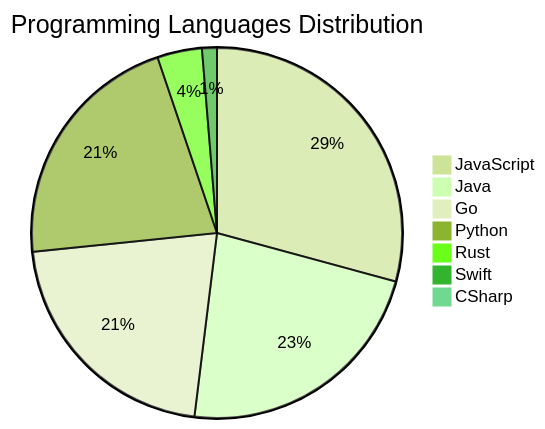
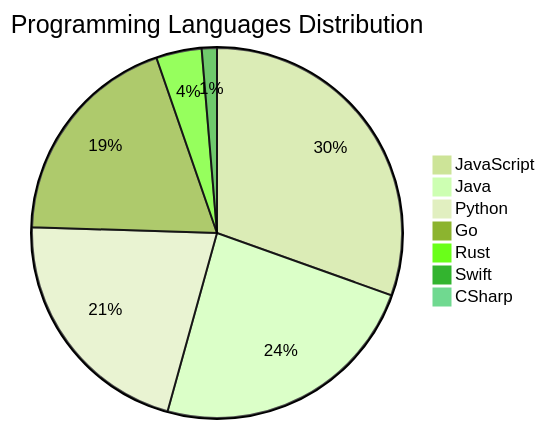
Before and after one commit to Derrick-MUGISHA/github-activity-bot: the diagram in README.md, drawn with Mermaid (forest theme). The commit also changed other lines of this file and 4 other files, not shown here.

````diff
--- a/README.md
+++ b/README.md
@@ -207,10 +207,10 @@
 ```mermaid
 pie title Programming Languages Distribution
-    "JavaScript" : 45
-    "Java" : 35
-    "Go" : 33
-    "Python" : 33
+    "JavaScript" : 46
+    "Java" : 36
+    "Python" : 32
+    "Go" : 29
     "Rust" : 6
     "Swift" : 2
     "CSharp" : 1
 ```
````
